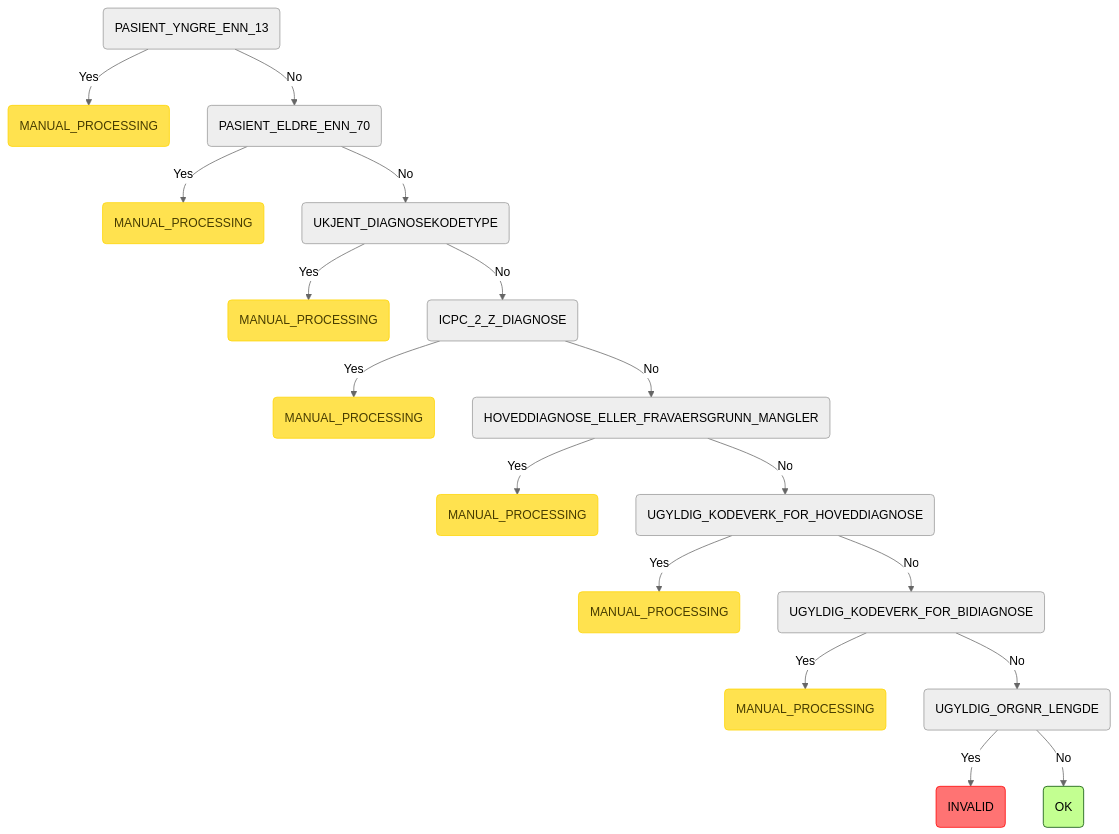
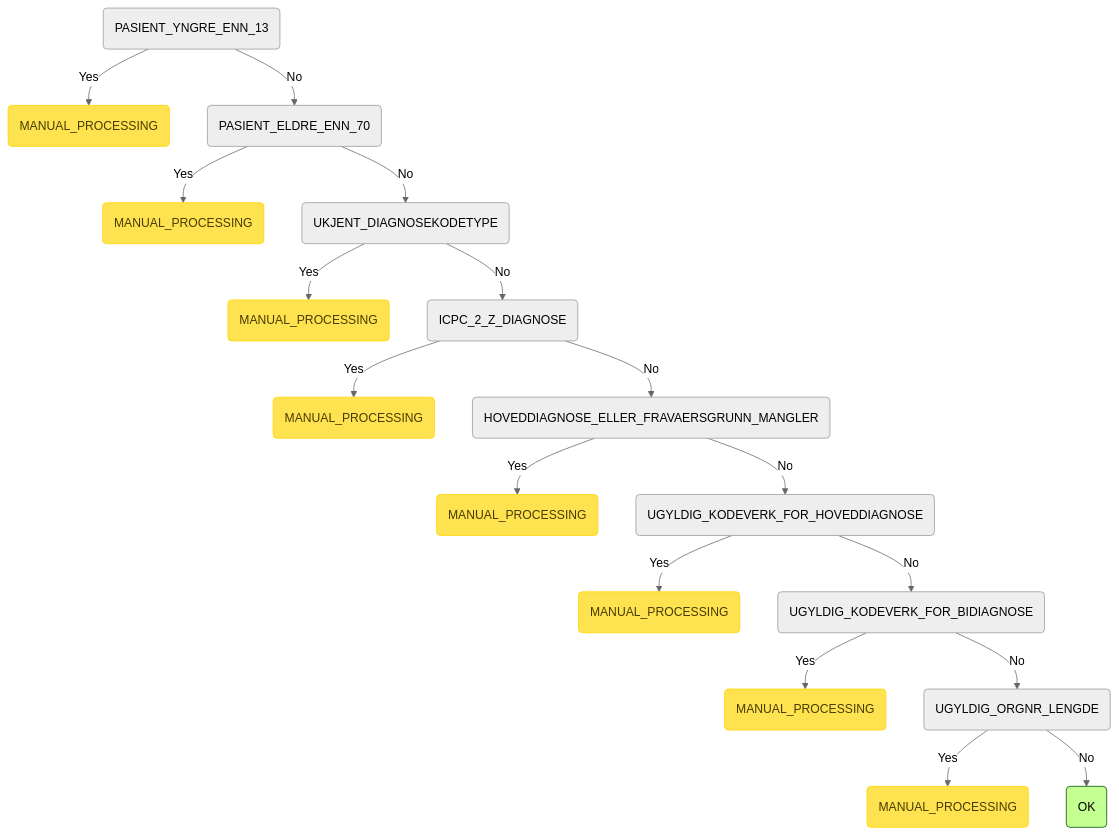
Before and after one commit to navikt/syfosmpapirregler: the third of 5 diagrams in README.md, drawn with Mermaid (neutral theme). The commit also changed other lines of this file and 12 other files, not shown here.

````diff
--- a/README.md
+++ b/README.md
@@ -106,22 +106,22 @@
 ```mermaid
 graph TD
     root(PASIENT_YNGRE_ENN_13) -->|Yes| root_PASIENT_YNGRE_ENN_13_MANUAL_PROCESSING(MANUAL_PROCESSING):::manuell
     root(PASIENT_YNGRE_ENN_13) -->|No| root_PASIENT_YNGRE_ENN_13_PASIENT_ELDRE_ENN_70(PASIENT_ELDRE_ENN_70)
     root_PASIENT_YNGRE_ENN_13_PASIENT_ELDRE_ENN_70(PASIENT_ELDRE_ENN_70) -->|Yes| root_PASIENT_YNGRE_ENN_13_PASIENT_ELDRE_ENN_70_MANUAL_PROCESSING(MANUAL_PROCESSING):::manuell
     root_PASIENT_YNGRE_ENN_13_PASIENT_ELDRE_ENN_70(PASIENT_ELDRE_ENN_70) -->|No| root_PASIENT_YNGRE_ENN_13_PASIENT_ELDRE_ENN_70_UKJENT_DIAGNOSEKODETYPE(UKJENT_DIAGNOSEKODETYPE)
     root_PASIENT_YNGRE_ENN_13_PASIENT_ELDRE_ENN_70_UKJENT_DIAGNOSEKODETYPE(UKJENT_DIAGNOSEKODETYPE) -->|Yes| root_PASIENT_YNGRE_ENN_13_PASIENT_ELDRE_ENN_70_UKJENT_DIAGNOSEKODETYPE_MANUAL_PROCESSING(MANUAL_PROCESSING):::manuell
     root_PASIENT_YNGRE_ENN_13_PASIENT_ELDRE_ENN_70_UKJENT_DIAGNOSEKODETYPE(UKJENT_DIAGNOSEKODETYPE) -->|No| root_PASIENT_YNGRE_ENN_13_PASIENT_ELDRE_ENN_70_UKJENT_DIAGNOSEKODETYPE_ICPC_2_Z_DIAGNOSE(ICPC_2_Z_DIAGNOSE)
     root_PASIENT_YNGRE_ENN_13_PASIENT_ELDRE_ENN_70_UKJENT_DIAGNOSEKODETYPE_ICPC_2_Z_DIAGNOSE(ICPC_2_Z_DIAGNOSE) -->|Yes| root_PASIENT_YNGRE_ENN_13_PASIENT_ELDRE_ENN_70_UKJENT_DIAGNOSEKODETYPE_ICPC_2_Z_DIAGNOSE_MANUAL_PROCESSING(MANUAL_PROCESSING):::manuell
     root_PASIENT_YNGRE_ENN_13_PASIENT_ELDRE_ENN_70_UKJENT_DIAGNOSEKODETYPE_ICPC_2_Z_DIAGNOSE(ICPC_2_Z_DIAGNOSE) -->|No| root_PASIENT_YNGRE_ENN_13_PASIENT_ELDRE_ENN_70_UKJENT_DIAGNOSEKODETYPE_ICPC_2_Z_DIAGNOSE_HOVEDDIAGNOSE_ELLER_FRAVAERSGRUNN_MANGLER(HOVEDDIAGNOSE_ELLER_FRAVAERSGRUNN_MANGLER)
     root_PASIENT_YNGRE_ENN_13_PASIENT_ELDRE_ENN_70_UKJENT_DIAGNOSEKODETYPE_ICPC_2_Z_DIAGNOSE_HOVEDDIAGNOSE_ELLER_FRAVAERSGRUNN_MANGLER(HOVEDDIAGNOSE_ELLER_FRAVAERSGRUNN_MANGLER) -->|Yes| root_PASIENT_YNGRE_ENN_13_PASIENT_ELDRE_ENN_70_UKJENT_DIAGNOSEKODETYPE_ICPC_2_Z_DIAGNOSE_HOVEDDIAGNOSE_ELLER_FRAVAERSGRUNN_MANGLER_MANUAL_PROCESSING(MANUAL_PROCESSING):::manuell
     root_PASIENT_YNGRE_ENN_13_PASIENT_ELDRE_ENN_70_UKJENT_DIAGNOSEKODETYPE_ICPC_2_Z_DIAGNOSE_HOVEDDIAGNOSE_ELLER_FRAVAERSGRUNN_MANGLER(HOVEDDIAGNOSE_ELLER_FRAVAERSGRUNN_MANGLER) -->|No| root_PASIENT_YNGRE_ENN_13_PASIENT_ELDRE_ENN_70_UKJENT_DIAGNOSEKODETYPE_ICPC_2_Z_DIAGNOSE_HOVEDDIAGNOSE_ELLER_FRAVAERSGRUNN_MANGLER_UGYLDIG_KODEVERK_FOR_HOVEDDIAGNOSE(UGYLDIG_KODEVERK_FOR_HOVEDDIAGNOSE)
     root_PASIENT_YNGRE_ENN_13_PASIENT_ELDRE_ENN_70_UKJENT_DIAGNOSEKODETYPE_ICPC_2_Z_DIAGNOSE_HOVEDDIAGNOSE_ELLER_FRAVAERSGRUNN_MANGLER_UGYLDIG_KODEVERK_FOR_HOVEDDIAGNOSE(UGYLDIG_KODEVERK_FOR_HOVEDDIAGNOSE) -->|Yes| root_PASIENT_YNGRE_ENN_13_PASIENT_ELDRE_ENN_70_UKJENT_DIAGNOSEKODETYPE_ICPC_2_Z_DIAGNOSE_HOVEDDIAGNOSE_ELLER_FRAVAERSGRUNN_MANGLER_UGYLDIG_KODEVERK_FOR_HOVEDDIAGNOSE_MANUAL_PROCESSING(MANUAL_PROCESSING):::manuell
     root_PASIENT_YNGRE_ENN_13_PASIENT_ELDRE_ENN_70_UKJENT_DIAGNOSEKODETYPE_ICPC_2_Z_DIAGNOSE_HOVEDDIAGNOSE_ELLER_FRAVAERSGRUNN_MANGLER_UGYLDIG_KODEVERK_FOR_HOVEDDIAGNOSE(UGYLDIG_KODEVERK_FOR_HOVEDDIAGNOSE) -->|No| root_PASIENT_YNGRE_ENN_13_PASIENT_ELDRE_ENN_70_UKJENT_DIAGNOSEKODETYPE_ICPC_2_Z_DIAGNOSE_HOVEDDIAGNOSE_ELLER_FRAVAERSGRUNN_MANGLER_UGYLDIG_KODEVERK_FOR_HOVEDDIAGNOSE_UGYLDIG_KODEVERK_FOR_BIDIAGNOSE(UGYLDIG_KODEVERK_FOR_BIDIAGNOSE)
     root_PASIENT_YNGRE_ENN_13_PASIENT_ELDRE_ENN_70_UKJENT_DIAGNOSEKODETYPE_ICPC_2_Z_DIAGNOSE_HOVEDDIAGNOSE_ELLER_FRAVAERSGRUNN_MANGLER_UGYLDIG_KODEVERK_FOR_HOVEDDIAGNOSE_UGYLDIG_KODEVERK_FOR_BIDIAGNOSE(UGYLDIG_KODEVERK_FOR_BIDIAGNOSE) -->|Yes| root_PASIENT_YNGRE_ENN_13_PASIENT_ELDRE_ENN_70_UKJENT_DIAGNOSEKODETYPE_ICPC_2_Z_DIAGNOSE_HOVEDDIAGNOSE_ELLER_FRAVAERSGRUNN_MANGLER_UGYLDIG_KODEVERK_FOR_HOVEDDIAGNOSE_UGYLDIG_KODEVERK_FOR_BIDIAGNOSE_MANUAL_PROCESSING(MANUAL_PROCESSING):::manuell
     root_PASIENT_YNGRE_ENN_13_PASIENT_ELDRE_ENN_70_UKJENT_DIAGNOSEKODETYPE_ICPC_2_Z_DIAGNOSE_HOVEDDIAGNOSE_ELLER_FRAVAERSGRUNN_MANGLER_UGYLDIG_KODEVERK_FOR_HOVEDDIAGNOSE_UGYLDIG_KODEVERK_FOR_BIDIAGNOSE(UGYLDIG_KODEVERK_FOR_BIDIAGNOSE) -->|No| root_PASIENT_YNGRE_ENN_13_PASIENT_ELDRE_ENN_70_UKJENT_DIAGNOSEKODETYPE_ICPC_2_Z_DIAGNOSE_HOVEDDIAGNOSE_ELLER_FRAVAERSGRUNN_MANGLER_UGYLDIG_KODEVERK_FOR_HOVEDDIAGNOSE_UGYLDIG_KODEVERK_FOR_BIDIAGNOSE_UGYLDIG_ORGNR_LENGDE(UGYLDIG_ORGNR_LENGDE)
-    root_PASIENT_YNGRE_ENN_13_PASIENT_ELDRE_ENN_70_UKJENT_DIAGNOSEKODETYPE_ICPC_2_Z_DIAGNOSE_HOVEDDIAGNOSE_ELLER_FRAVAERSGRUNN_MANGLER_UGYLDIG_KODEVERK_FOR_HOVEDDIAGNOSE_UGYLDIG_KODEVERK_FOR_BIDIAGNOSE_UGYLDIG_ORGNR_LENGDE(UGYLDIG_ORGNR_LENGDE) -->|Yes| root_PASIENT_YNGRE_ENN_13_PASIENT_ELDRE_ENN_70_UKJENT_DIAGNOSEKODETYPE_ICPC_2_Z_DIAGNOSE_HOVEDDIAGNOSE_ELLER_FRAVAERSGRUNN_MANGLER_UGYLDIG_KODEVERK_FOR_HOVEDDIAGNOSE_UGYLDIG_KODEVERK_FOR_BIDIAGNOSE_UGYLDIG_ORGNR_LENGDE_INVALID(INVALID):::invalid
+    root_PASIENT_YNGRE_ENN_13_PASIENT_ELDRE_ENN_70_UKJENT_DIAGNOSEKODETYPE_ICPC_2_Z_DIAGNOSE_HOVEDDIAGNOSE_ELLER_FRAVAERSGRUNN_MANGLER_UGYLDIG_KODEVERK_FOR_HOVEDDIAGNOSE_UGYLDIG_KODEVERK_FOR_BIDIAGNOSE_UGYLDIG_ORGNR_LENGDE(UGYLDIG_ORGNR_LENGDE) -->|Yes| root_PASIENT_YNGRE_ENN_13_PASIENT_ELDRE_ENN_70_UKJENT_DIAGNOSEKODETYPE_ICPC_2_Z_DIAGNOSE_HOVEDDIAGNOSE_ELLER_FRAVAERSGRUNN_MANGLER_UGYLDIG_KODEVERK_FOR_HOVEDDIAGNOSE_UGYLDIG_KODEVERK_FOR_BIDIAGNOSE_UGYLDIG_ORGNR_LENGDE_MANUAL_PROCESSING(MANUAL_PROCESSING):::manuell
     root_PASIENT_YNGRE_ENN_13_PASIENT_ELDRE_ENN_70_UKJENT_DIAGNOSEKODETYPE_ICPC_2_Z_DIAGNOSE_HOVEDDIAGNOSE_ELLER_FRAVAERSGRUNN_MANGLER_UGYLDIG_KODEVERK_FOR_HOVEDDIAGNOSE_UGYLDIG_KODEVERK_FOR_BIDIAGNOSE_UGYLDIG_ORGNR_LENGDE(UGYLDIG_ORGNR_LENGDE) -->|No| root_PASIENT_YNGRE_ENN_13_PASIENT_ELDRE_ENN_70_UKJENT_DIAGNOSEKODETYPE_ICPC_2_Z_DIAGNOSE_HOVEDDIAGNOSE_ELLER_FRAVAERSGRUNN_MANGLER_UGYLDIG_KODEVERK_FOR_HOVEDDIAGNOSE_UGYLDIG_KODEVERK_FOR_BIDIAGNOSE_UGYLDIG_ORGNR_LENGDE_OK(OK):::ok
     classDef ok fill:#c3ff91,stroke:#004a00,color: black;
     classDef invalid fill:#ff7373,stroke:#ff0000,color: black;
     classDef manuell fill:#ffe24f,stroke:#ffd500,color: #473c00;
 ```
````
